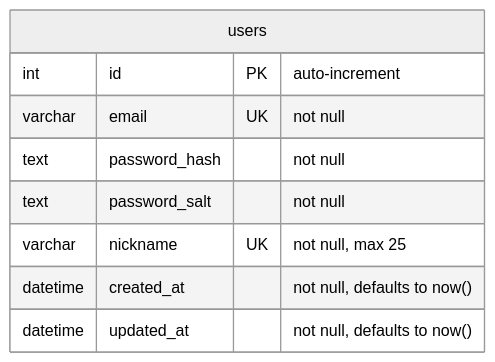
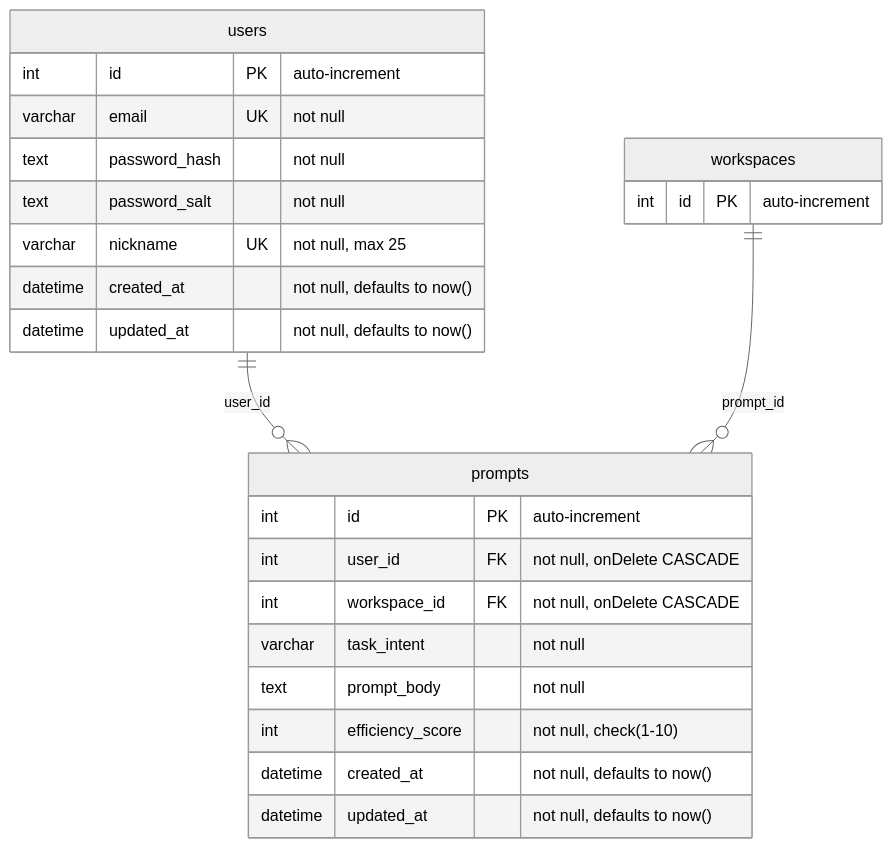
The diagram in readme.md (BinaryStudioAcademy/bsa-2026-promtomat), drawn with Mermaid (neutral theme) before and after one commit.

Commit message:
docs: document prompts table in readme pm-71

````diff
--- a/readme.md
+++ b/readme.md
@@ -40,12 +40,30 @@
 ```mermaid
 erDiagram
+    users ||--o{ prompts : "user_id"
+    workspaces ||--o{ prompts : "prompt_id"
+
     users {
         int id PK "auto-increment"
         varchar email UK "not null"
         text password_hash "not null"
         text password_salt "not null"
         varchar nickname UK "not null, max 25"
         datetime created_at "not null, defaults to now()"
         datetime updated_at "not null, defaults to now()"
     }
+
+    workspaces {
+        int id PK "auto-increment"
+    }
+
+    prompts {
+        int id PK "auto-increment"
+        int user_id FK "not null, onDelete CASCADE"
+        int workspace_id FK "not null, onDelete CASCADE"
+        varchar task_intent "not null"
+        text prompt_body "not null"
+        int efficiency_score "not null, check(1-10)"
+        datetime created_at "not null, defaults to now()"
+        datetime updated_at "not null, defaults to now()"
+    }
 ```
````
